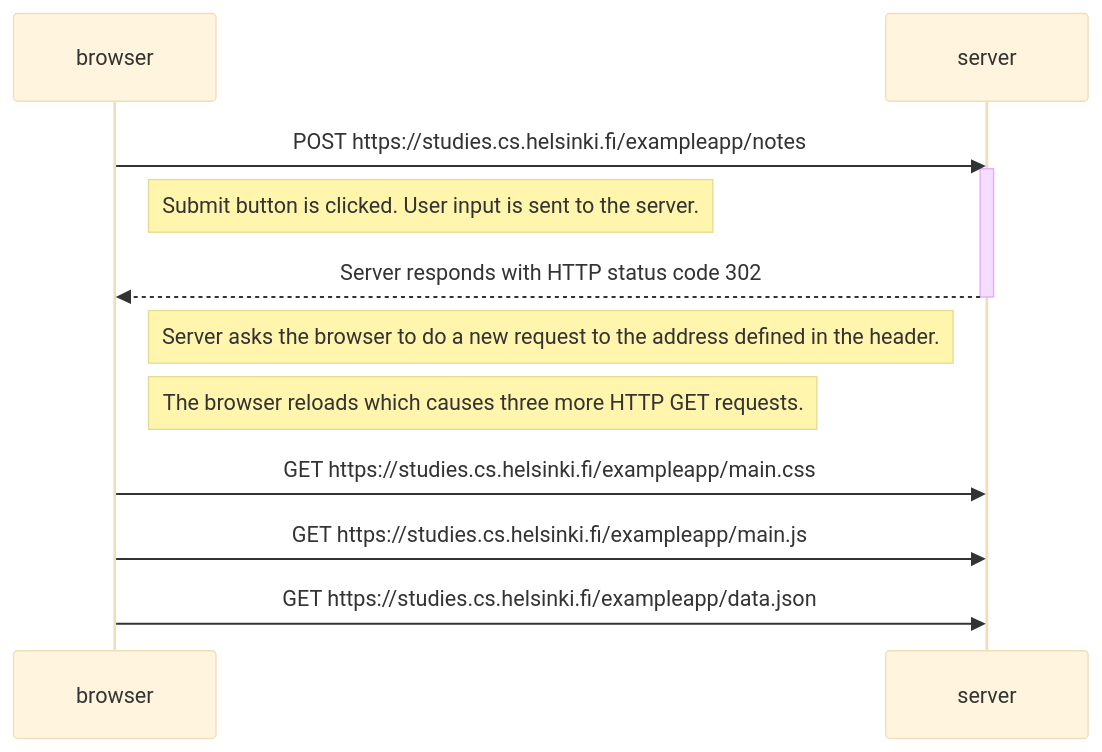
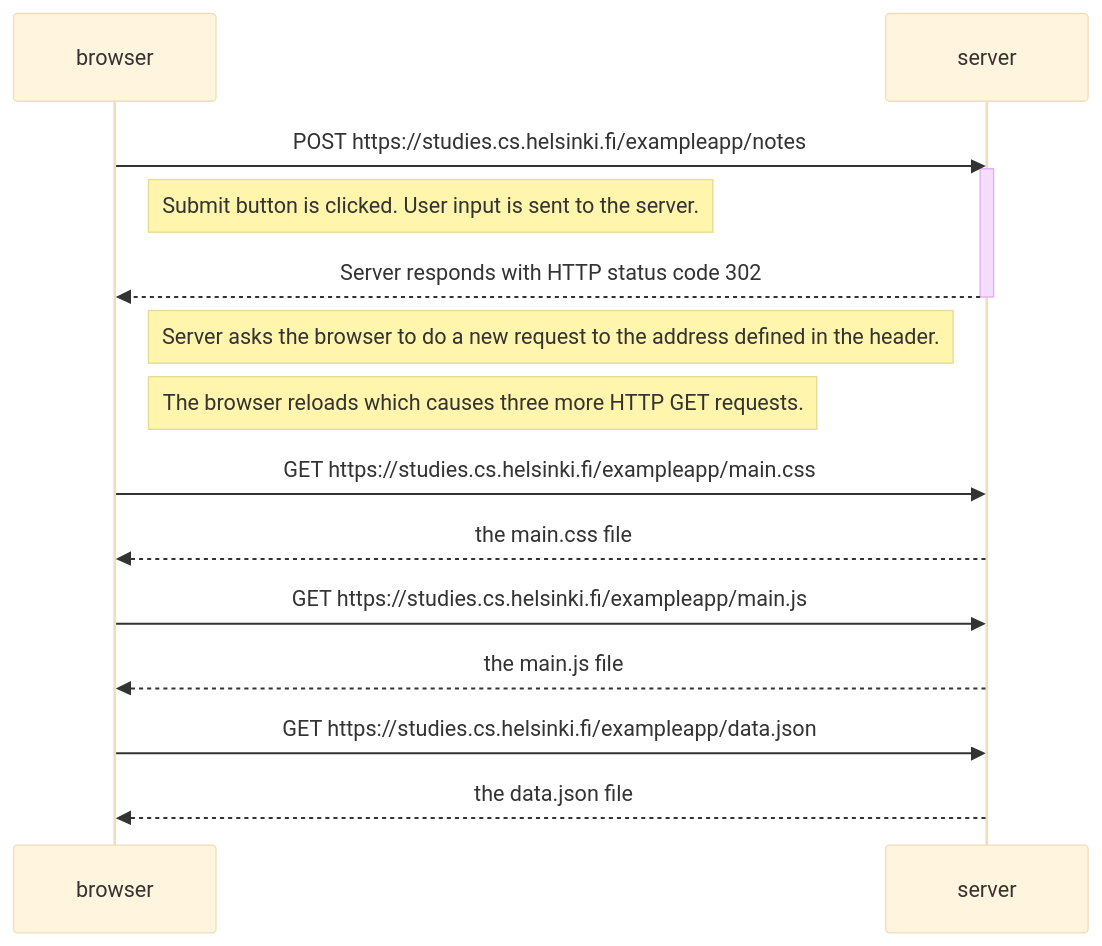
One commit to oatlayers/fullstackopen2024 changed the diagram in part0/New note diagram/newnotediagram.md. Above: the diagram before and after it, drawn with Mermaid (base theme). The commit also changed 4 other files, not shown here.

````diff
--- a/part0/New note diagram/newnotediagram.md
+++ b/part0/New note diagram/newnotediagram.md
@@ -1,18 +1,21 @@
 ```mermaid
 sequenceDiagram
     participant browser
     participant server
 
     browser->>server: POST https://studies.cs.helsinki.fi/exampleapp/notes
     activate server
     Note right of browser: Submit button is clicked. User input is sent to the server.
     server-->>browser: Server responds with HTTP status code 302
     deactivate server
     
     Note right of browser: Server asks the browser to do a new request to the address defined in the header.
     Note right of browser: The browser reloads which causes three more HTTP GET requests.
     
     browser->>server: GET https://studies.cs.helsinki.fi/exampleapp/main.css
+    server-->>browser: the main.css file
     browser->>server: GET https://studies.cs.helsinki.fi/exampleapp/main.js
+    server-->>browser: the main.js file
     browser->>server: GET https://studies.cs.helsinki.fi/exampleapp/data.json
+    server-->>browser: the data.json file
 ```
````
